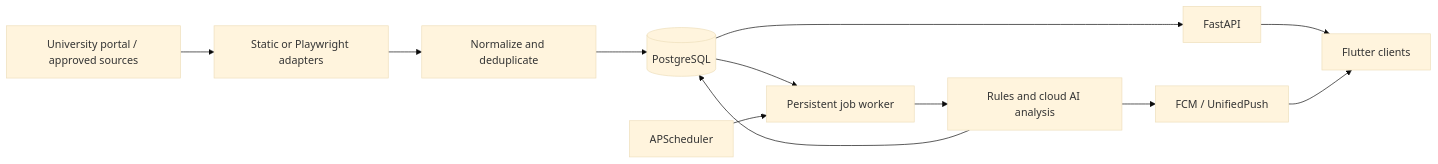
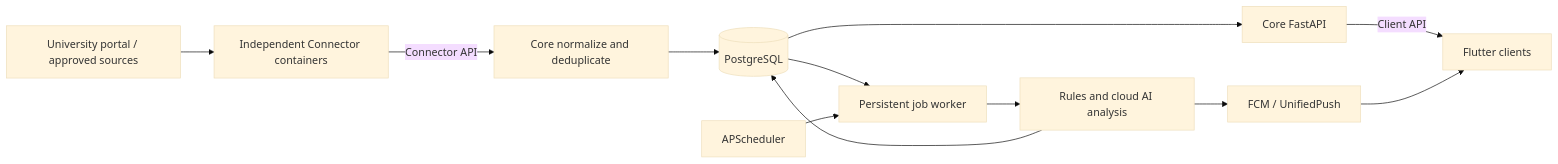
One commit to lhzengh/campus-ai changed the diagram in README.md. Above: the diagram before and after it, drawn with Mermaid (base theme). The commit also changed other lines of this file and 61 other files, not shown here.

````diff
--- a/README.md
+++ b/README.md
@@ -48,14 +53,14 @@
 ```mermaid
 flowchart LR
-    A[University portal / approved sources] --> B[Static or Playwright adapters]
-    B --> C[Normalize and deduplicate]
+    A[University portal / approved sources] --> B[Independent Connector containers]
+    B -->|Connector API| C[Core normalize and deduplicate]
     C --> D[(PostgreSQL)]
     D --> E[Persistent job worker]
     E --> F[Rules and cloud AI analysis]
     F --> D
-    D --> G[FastAPI]
-    G --> H[Flutter clients]
+    D --> G[Core FastAPI]
+    G -->|Client API| H[Flutter clients]
     F --> I[FCM / UnifiedPush]
     I --> H
     J[APScheduler] --> E
 ```
````
